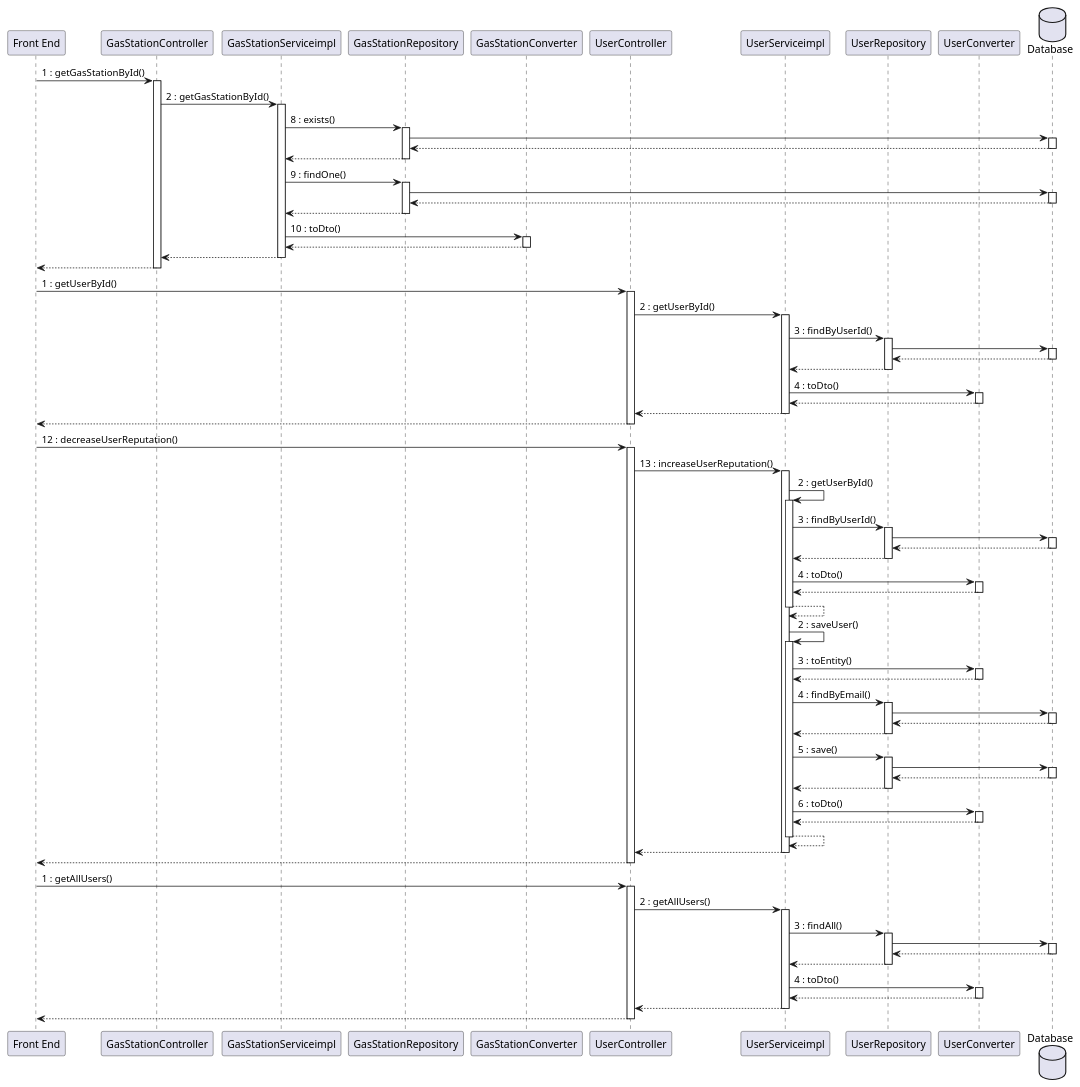
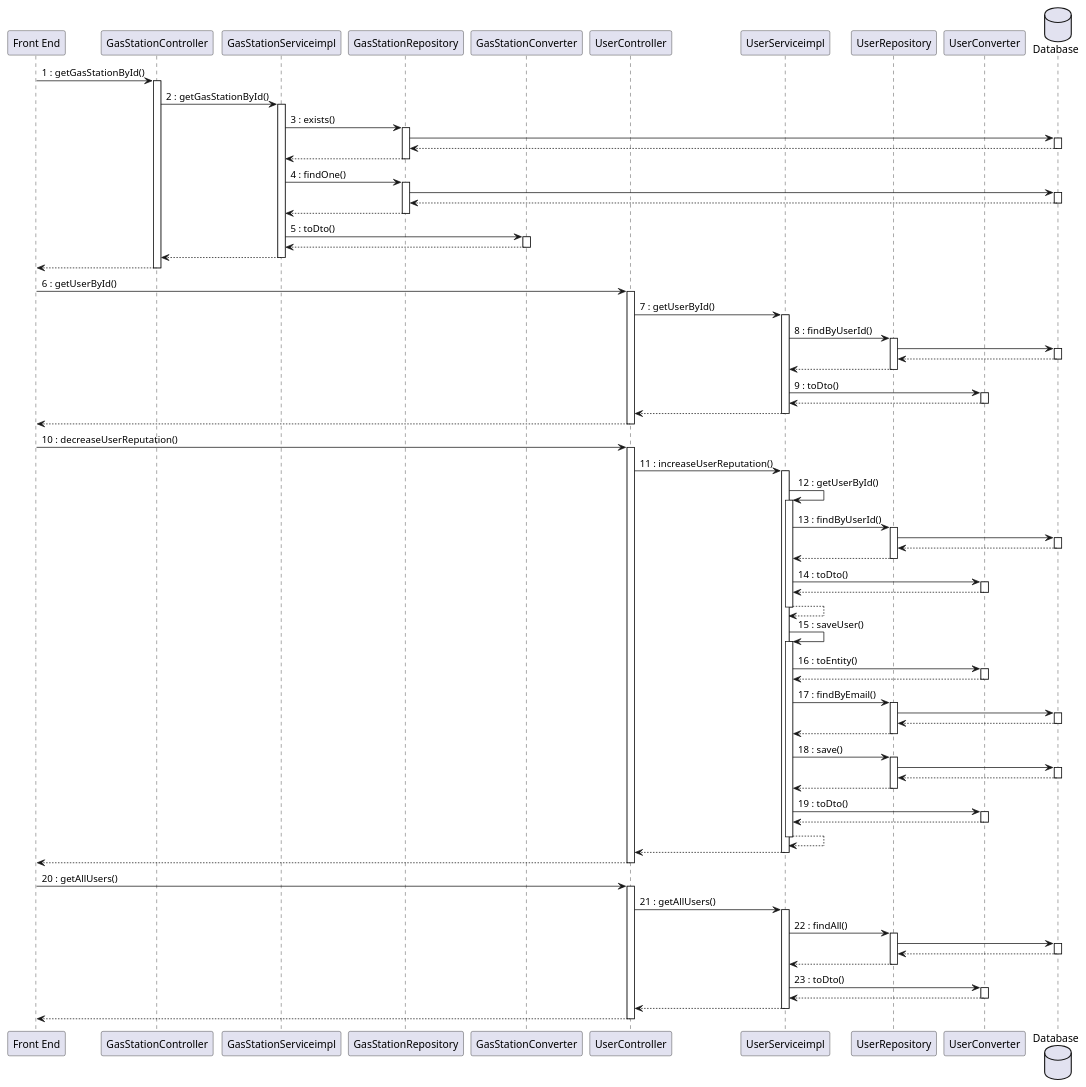
Before and after one commit to mosTavassoli/ezgas: diagram 15 of 15 in docs/DesignDocument.md, drawn with PlantUML.

Commit message:
docs(DesignDocument): fix sequence diagram use case 10.2

```diff
--- a/docs/DesignDocument.md
+++ b/docs/DesignDocument.md
@@ -1015,77 +1015,77 @@
 GasStationController -> GasStationServiceimpl:2 : getGasStationById()
 
 activate GasStationServiceimpl
-GasStationServiceimpl -> GasStationRepository:8 : exists()
+GasStationServiceimpl -> GasStationRepository:3 : exists()
 activate GasStationRepository
 GasStationRepository -> Database
 activate Database
 return
 return
-GasStationServiceimpl -> GasStationRepository:9 : findOne()
+GasStationServiceimpl -> GasStationRepository:4 : findOne()
 activate GasStationRepository
 GasStationRepository -> Database
 activate Database
 return
 return
-GasStationServiceimpl -> GasStationConverter:10 : toDto()
+GasStationServiceimpl -> GasStationConverter:5 : toDto()
 activate GasStationConverter
 return
 return
 return
 
 
-"Front End" -> UserController:1 : getUserById()
+"Front End" -> UserController:6 : getUserById()
 activate UserController
-UserController -> UserServiceimpl:2 : getUserById()
+UserController -> UserServiceimpl:7 : getUserById()
 activate UserServiceimpl
-UserServiceimpl -> UserRepository:3 : findByUserId()
+UserServiceimpl -> UserRepository:8 : findByUserId()
 activate UserRepository
 UserRepository -> Database
 activate Database
 return
 return
-UserServiceimpl -> UserConverter:4 : toDto()
+UserServiceimpl -> UserConverter:9 : toDto()
 activate UserConverter
 return
 return
 return
 
 
-"Front End" -> UserController:12 : decreaseUserReputation()
+"Front End" -> UserController:10 : decreaseUserReputation()
 activate UserController
-UserController -> UserServiceimpl:13 : increaseUserReputation()
+UserController -> UserServiceimpl:11 : increaseUserReputation()
 activate UserServiceimpl
-UserServiceimpl -> UserServiceimpl:2 : getUserById()
+UserServiceimpl -> UserServiceimpl:12 : getUserById()
 activate UserServiceimpl
-UserServiceimpl -> UserRepository:3 : findByUserId()
+UserServiceimpl -> UserRepository:13 : findByUserId()
 activate UserRepository
 UserRepository -> Database
 activate Database
 return
 return
-UserServiceimpl -> UserConverter:4 : toDto()
+UserServiceimpl -> UserConverter:14 : toDto()
 activate UserConverter
 return
 return
 
-UserServiceimpl -> UserServiceimpl:2 : saveUser()
+UserServiceimpl -> UserServiceimpl:15 : saveUser()
 activate UserServiceimpl
-UserServiceimpl -> UserConverter:3 : toEntity()
+UserServiceimpl -> UserConverter:16 : toEntity()
 activate UserConverter
 return
-UserServiceimpl -> UserRepository:4 : findByEmail()
+UserServiceimpl -> UserRepository:17 : findByEmail()
 activate UserRepository
 UserRepository -> Database:
 activate Database
 return
 return
-UserServiceimpl -> UserRepository:5 : save()
+UserServiceimpl -> UserRepository:18 : save()
 activate UserRepository
 UserRepository -> Database
 activate Database
 return
 return
-UserServiceimpl -> UserConverter:6 : toDto()
+UserServiceimpl -> UserConverter:19 : toDto()
 activate UserConverter
 return
 return
@@ -1093,17 +1093,17 @@
 return
 return
 
-"Front End" -> UserController:1 : getAllUsers()
+"Front End" -> UserController:20 : getAllUsers()
 activate UserController
-UserController -> UserServiceimpl:2 : getAllUsers()
+UserController -> UserServiceimpl:21 : getAllUsers()
 activate UserServiceimpl
-UserServiceimpl -> UserRepository:3 : findAll()
+UserServiceimpl -> UserRepository:22 : findAll()
 activate UserRepository
 UserRepository -> Database
 activate Database
 return
 return
-UserServiceimpl -> UserConverter:4 : toDto()
+UserServiceimpl -> UserConverter:23 : toDto()
 activate UserConverter
 return
 return
```
